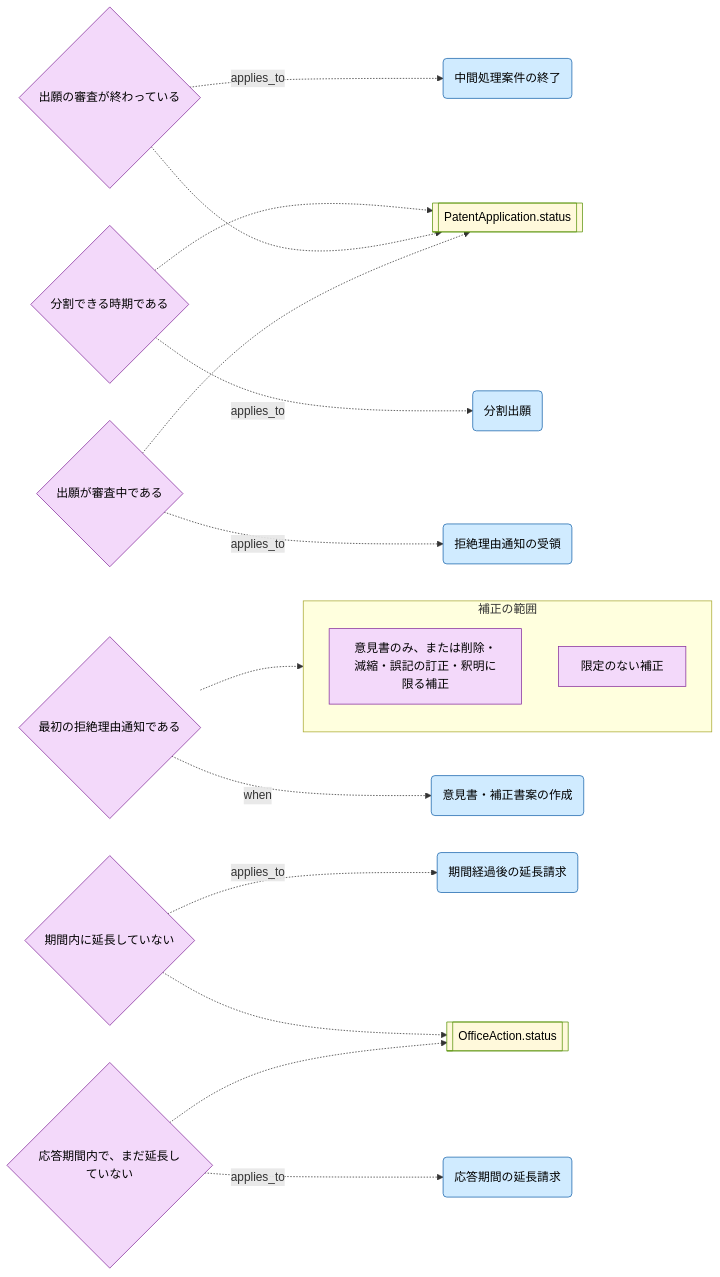
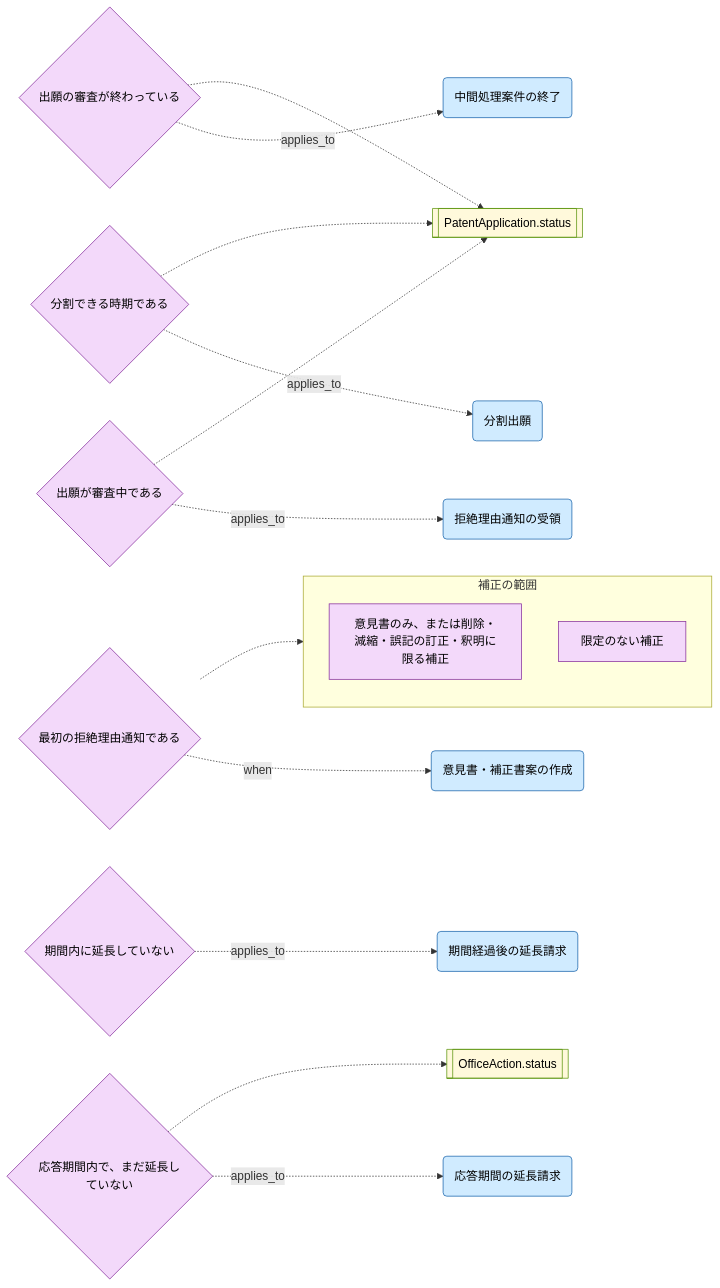
One commit to manji-0/rdra-ish-dsl changed the diagram in samples/patent-ops/out/buc/condition_office_action.mmd. Above: the diagram before and after it, drawn with Mermaid. The commit also changed 19 other files, not shown here.

```diff
--- a/samples/patent-ops/out/buc/condition_office_action.mmd
+++ b/samples/patent-ops/out/buc/condition_office_action.mmd
@@ -1,58 +1,56 @@
 %% rdra-ish diagram=condition scope=buc:BucOfficeAction model=samples/patent-ops
 %% kinds: condition statemodel variation value usecase
 %% omitted: (none)
 flowchart LR
   condition__DivisionPossible{"分割できる時期である"}:::condition
   %% holds condition__DivisionPossible: PatentApplication.status in (出願済（方式審査）, 審査請求済（審査中）, 特許査定, 拒絶査定)
   condition__ExaminationOver{"出願の審査が終わっている"}:::condition
   %% holds condition__ExaminationOver: PatentApplication.status not in (出願済（方式審査）, 手続補正指令への対応中, 審査請求済（審査中）)
   condition__FirstNoticeOnly{"最初の拒絶理由通知である"}:::condition
   %% holds condition__FirstNoticeOnly: OfficeAction.kind == 最初
   condition__NotExtendedWithinTerm{"期間内に延長していない"}:::condition
-  %% holds condition__NotExtendedWithinTerm: OfficeAction.status == 期間経過（延長請求可）, OfficeAction.extended == false
+  %% holds condition__NotExtendedWithinTerm: OfficeAction.extended == false
   condition__UnderExamination{"出願が審査中である"}:::condition
   %% holds condition__UnderExamination: PatentApplication.status == 審査請求済（審査中）
   condition__WithinTermNotExtended{"応答期間内で、まだ延長していない"}:::condition
   %% holds condition__WithinTermNotExtended: OfficeAction.status == 応答期間中, OfficeAction.extended == false, OfficeAction.late_extended == false
   statemodel__OfficeAction_status[["OfficeAction.status"]]:::statemodel
   statemodel__PatentApplication_status[["PatentApplication.status"]]:::statemodel
   subgraph variation__AmendmentScope["補正の範囲"]
     variation__AmendmentScope__limited["意見書のみ、または削除・減縮・誤記の訂正・釈明に限る補正"]:::value
     variation__AmendmentScope__free["限定のない補正"]:::value
   end
   usecase__CloseOfficeActionDocket("中間処理案件の終了"):::usecase
   %% desc usecase__CloseOfficeActionDocket: 査定・取下げで出願の審査が終わった後、応答済の拒絶理由通知の案件を閉じる。
   usecase__DraftResponse("意見書・補正書案の作成"):::usecase
   %% desc usecase__DraftResponse: 弁理士が意見書と、必要なら補正書の案を作る。補正の範囲は、限定のない補正か、請求項の削除・減縮・誤記の訂正・釈明に限った補正（または意見書だけ）かを選ぶ。最後の拒絶理由通知には限った補正だけが使える。
   usecase__FileDivisionalApplication("分割出願"):::usecase
   %% desc usecase__FileDivisionalApplication: 補正できる時期、特許査定の謄本から30日、最初の拒絶査定の謄本から3月の間に、出願の一部を新たな出願にする。
   usecase__ReceiveOfficeAction("拒絶理由通知の受領"):::usecase
   %% desc usecase__ReceiveOfficeAction: 拒絶理由通知書を受け取り、応答期間の管理を始める。
   usecase__RequestLateExtension("期間経過後の延長請求"):::usecase
   %% desc usecase__RequestLateExtension: 応答期間の経過後2か月以内に延長を請求し、2か月の応答期間を得る。
   usecase__RequestTermExtension("応答期間の延長請求"):::usecase
   %% desc usecase__RequestTermExtension: 応答期間内に期間延長請求書を出し、2か月延長する。
   condition__DivisionPossible -.->|applies_to| usecase__FileDivisionalApplication
   condition__DivisionPossible -.-> statemodel__PatentApplication_status
   %% derived condition__DivisionPossible -> statemodel__PatentApplication_status from holds
   condition__ExaminationOver -.->|applies_to| usecase__CloseOfficeActionDocket
   condition__ExaminationOver -.-> statemodel__PatentApplication_status
   %% derived condition__ExaminationOver -> statemodel__PatentApplication_status from holds
   condition__FirstNoticeOnly -.-> variation__AmendmentScope
   %% derived condition__FirstNoticeOnly -> variation__AmendmentScope from when
   condition__FirstNoticeOnly -.->|when| usecase__DraftResponse
   %% derived condition__FirstNoticeOnly -> usecase__DraftResponse via chooses OfficeAction.amendment free
   condition__NotExtendedWithinTerm -.->|applies_to| usecase__RequestLateExtension
-  condition__NotExtendedWithinTerm -.-> statemodel__OfficeAction_status
-  %% derived condition__NotExtendedWithinTerm -> statemodel__OfficeAction_status from holds
   condition__UnderExamination -.->|applies_to| usecase__ReceiveOfficeAction
   condition__UnderExamination -.-> statemodel__PatentApplication_status
   %% derived condition__UnderExamination -> statemodel__PatentApplication_status from holds
   condition__WithinTermNotExtended -.->|applies_to| usecase__RequestTermExtension
   condition__WithinTermNotExtended -.-> statemodel__OfficeAction_status
   %% derived condition__WithinTermNotExtended -> statemodel__OfficeAction_status from holds
   classDef condition fill:#f3d9fa,stroke:#862e9c,color:#000;
   classDef statemodel fill:#fff9db,stroke:#5c940d,color:#000;
   classDef variation fill:#f3d9fa,stroke:#862e9c,color:#000;
   classDef value fill:#f3d9fa,stroke:#862e9c,color:#000;
   classDef usecase fill:#d0ebff,stroke:#1864ab,color:#000;
```
